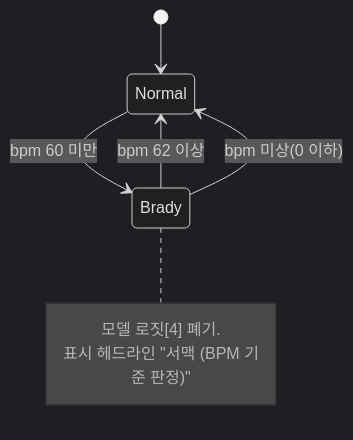
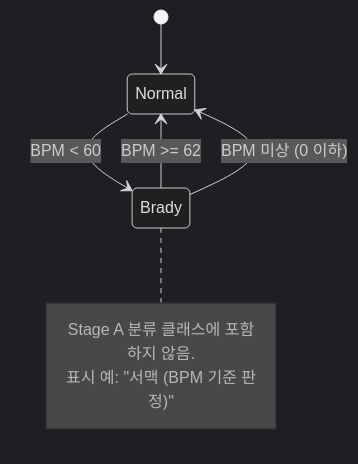
Before and after one commit to h4xryu/ECG-Realtime-monitor: the tenth of 12 diagrams in docs/DESIGN_SPEC.md, drawn with Mermaid (dark theme). The commit also changed other lines of this file, not shown here.

````diff
--- a/docs/DESIGN_SPEC.md
+++ b/docs/DESIGN_SPEC.md
@@ -441,11 +637,11 @@
 ```mermaid
 stateDiagram-v2
   [*] --> Normal
-  Normal --> Brady : bpm 60 미만
-  Brady --> Normal : bpm 62 이상
-  Brady --> Normal : bpm 미상(0 이하)
+  Normal --> Brady : BPM < 60
+  Brady --> Normal : BPM >= 62
+  Brady --> Normal : BPM 미상 (0 이하)
   note right of Brady
-    모델 로짓[4] 폐기.
-    표시 헤드라인 "서맥 (BPM 기준 판정)"
+    Stage A 분류 클래스에 포함하지 않음.
+    표시 예: "서맥 (BPM 기준 판정)"
   end note
 ```
````
